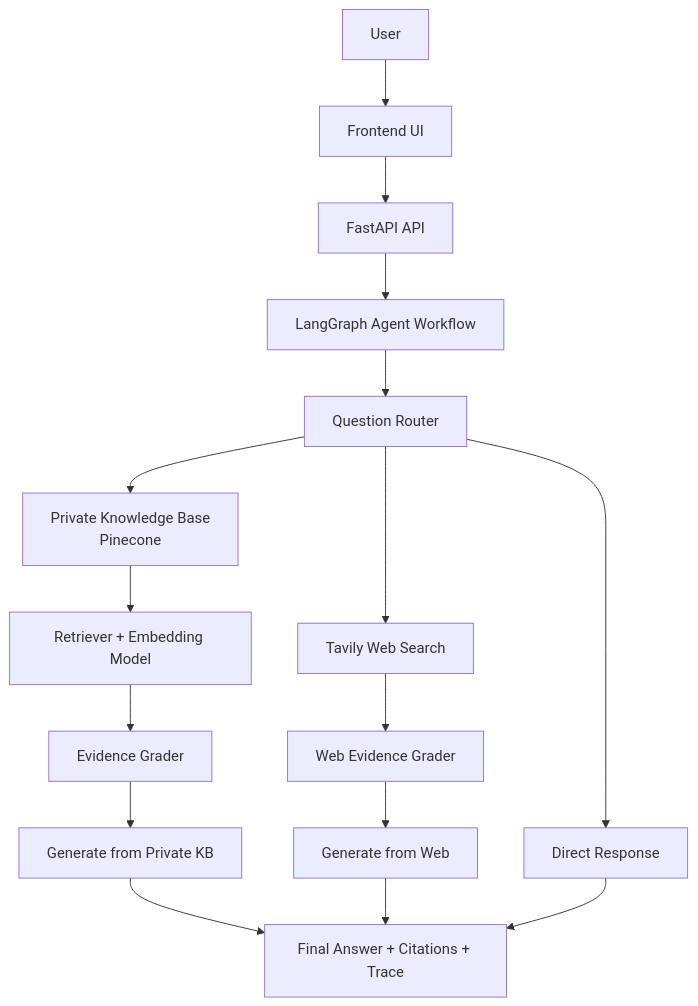
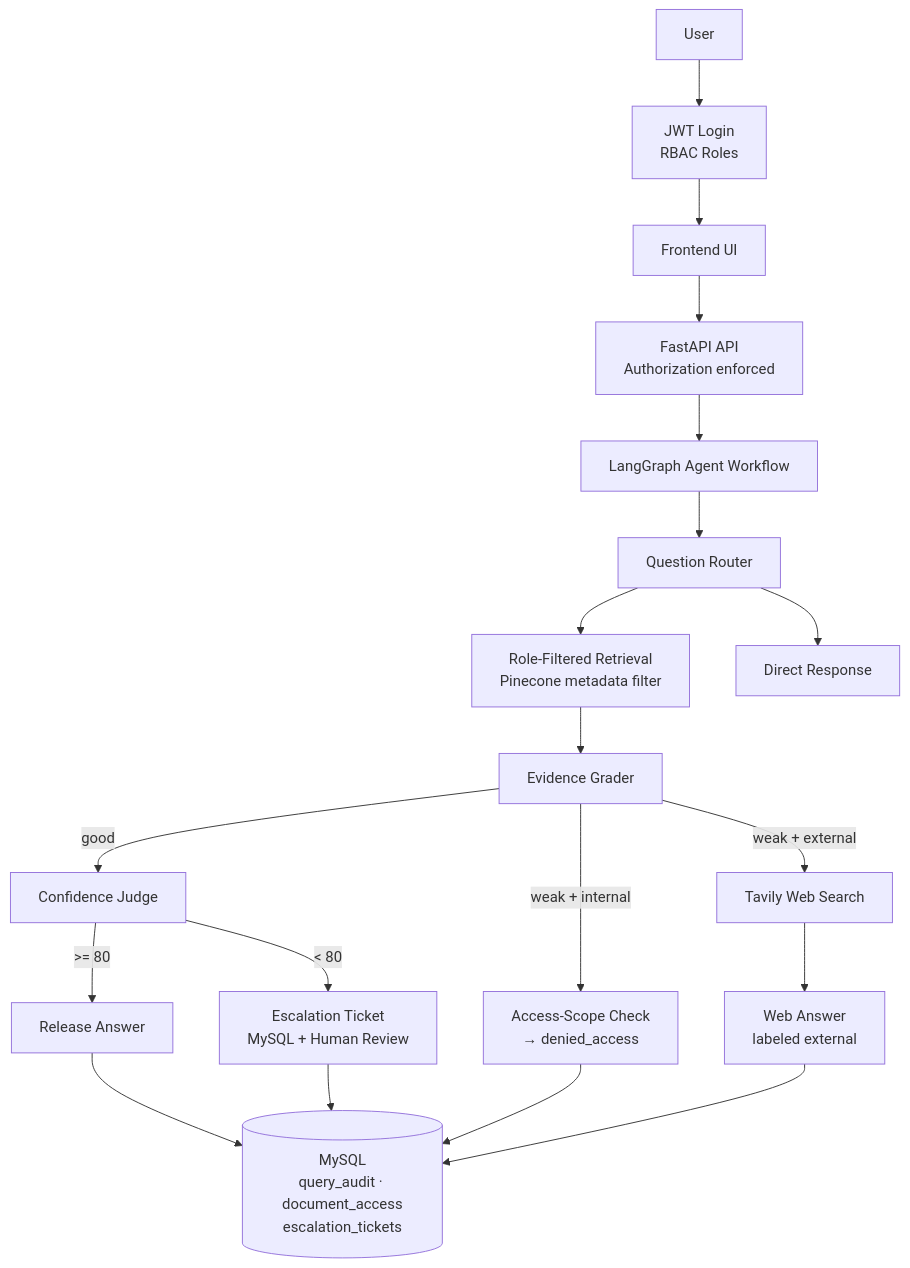
Before and after one commit to solutionundertaken95/Agentic-Rag-Application: the second of 2 diagrams in README.md, drawn with Mermaid. The commit also changed other lines of this file and 12 other files, not shown here.

````diff
--- a/README.md
+++ b/README.md
@@ -62,22 +153,26 @@
 ```mermaid
 flowchart TD
-    User[User] --> Web[Frontend UI]
-    Web --> API[FastAPI API]
+    User[User] --> Login[JWT Login<br/>RBAC Roles]
+    Login --> Web[Frontend UI]
+    Web --> API[FastAPI API<br/>Authorization enforced]
     API --> Graph[LangGraph Agent Workflow]
     Graph --> Router[Question Router]
 
-    Router --> KB[Private Knowledge Base<br/>Pinecone]
-    Router --> WebSearch[Tavily Web Search]
-
-    KB --> Retriever[Retriever + Embedding Model]
-    Retriever --> GradeKB[Evidence Grader]
-    WebSearch --> GradeWeb[Web Evidence Grader]
-
-    GradeKB --> KBAnswer[Generate from Private KB]
-    GradeWeb --> WebAnswer[Generate from Web]
+    Router --> KB[Role-Filtered Retrieval<br/>Pinecone metadata filter]
     Router --> Direct[Direct Response]
 
-    KBAnswer --> Response[Final Answer + Citations + Trace]
-    WebAnswer --> Response
-    Direct --> Response
+    KB --> GradeKB[Evidence Grader]
+    GradeKB -->|good| Conf[Confidence Judge]
+    GradeKB -->|weak + internal| Denied[Access-Scope Check<br/>→ denied_access]
+    GradeKB -->|weak + external| WebSearch[Tavily Web Search]
+
+    Conf -->|>= 80| KBAnswer[Release Answer]
+    Conf -->|< 80| Esc[Escalation Ticket<br/>MySQL + Human Review]
+
+    WebSearch --> WebAnswer[Web Answer<br/>labeled external]
+
+    KBAnswer --> Audit[(MySQL<br/>query_audit · document_access<br/>escalation_tickets)]
+    Esc --> Audit
+    Denied --> Audit
+    WebAnswer --> Audit
 ```
````
